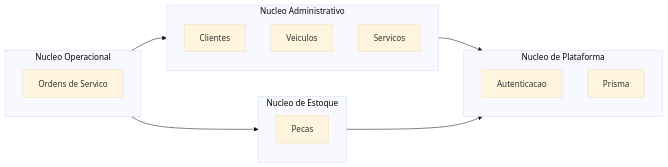
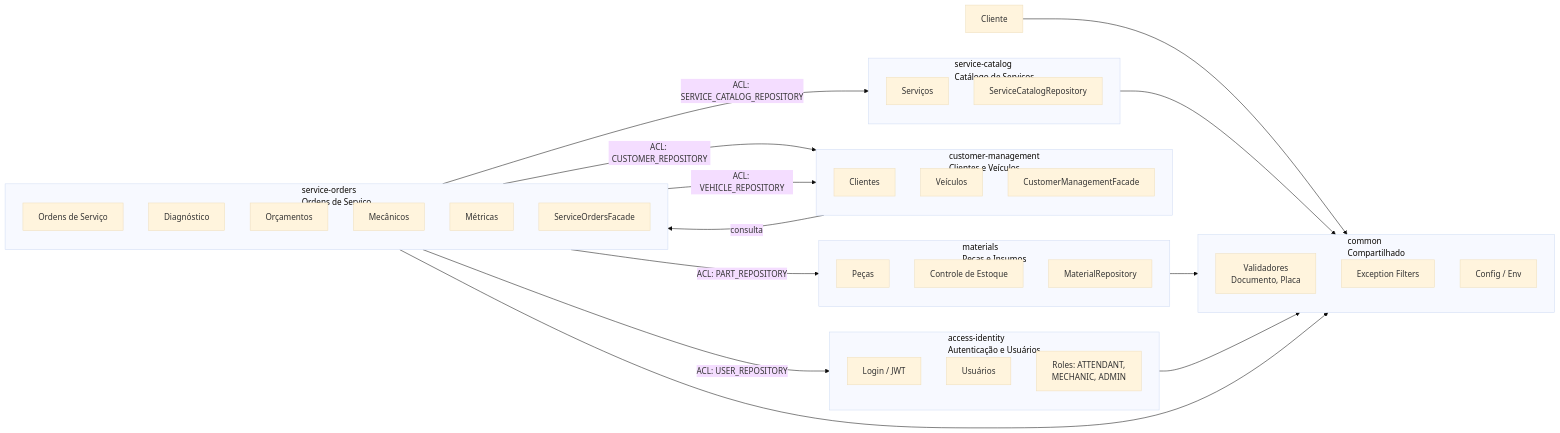
One commit to DevKaue/TechChallange changed the diagram in docs/diagrams/05-bounded-contexts.mmd. Above: the diagram before and after it, drawn with Mermaid (base theme). The commit also changed 6 other files, not shown here.

Commit message:
Fluxos mermaid atualizados

```diff
--- a/docs/diagrams/05-bounded-contexts.mmd
+++ b/docs/diagrams/05-bounded-contexts.mmd
@@ -1,24 +1,51 @@
 graph LR
-    subgraph Admin[Nucleo Administrativo]
-        CLI[Clientes]
-        VEH[Veiculos]
-        SCAT[Servicos]
+    subgraph Autenticacao["access-identity<br/>Autenticação e Usuários"]
+        AUTH[Login / JWT]
+        USERS[Usuários]
+        ROLES[Roles: ATTENDANT,<br/>MECHANIC, ADMIN]
     end
 
-    subgraph Operacao[Nucleo Operacional]
-        SO[Ordens de Servico]
+    subgraph Clientes["customer-management<br/>Clientes e Veículos"]
+        CUST[Clientes]
+        VEH[Veículos]
+        CM_FACADE[CustomerManagementFacade]
     end
 
-    subgraph Estoque[Nucleo de Estoque]
-        PARTS[Pecas]
+    subgraph Catalogo["service-catalog<br/>Catálogo de Serviços"]
+        SERV[Serviços]
+        SVCAT_FACADE[ServiceCatalogRepository]
     end
 
-    subgraph Plataforma[Nucleo de Plataforma]
-        AUTH[Autenticacao]
-        PRISMA[Prisma]
+    subgraph Estoque["materials<br/>Peças e Insumos"]
+        MAT[Peças]
+        STOCK[Controle de Estoque]
+        MAT_FACADE[MaterialRepository]
     end
 
-    Operacao --> Admin
-    Operacao --> Estoque
-    Admin --> Plataforma
-    Estoque --> Plataforma
+    subgraph Operacao["service-orders<br/>Ordens de Serviço"]
+        OS[Ordens de Serviço]
+        DIAG[Diagnóstico]
+        EST[Orçamentos]
+        MECH[Mecânicos]
+        METRIC[Métricas]
+        SO_FACADE[ServiceOrdersFacade]
+    end
+
+    subgraph Compartilhado["common<br/>Compartilhado"]
+        VALIDATORS[Validadores<br/>Documento, Placa]
+        FILTERS[Exception Filters]
+        CONFIG[Config / Env]
+    end
+
+    Operacao -->|ACL: CUSTOMER_REPOSITORY| Clientes
+    Operacao -->|ACL: VEHICLE_REPOSITORY| Clientes
+    Operacao -->|ACL: SERVICE_CATALOG_REPOSITORY| Catalogo
+    Operacao -->|ACL: PART_REPOSITORY| Estoque
+    Operacao -->|ACL: USER_REPOSITORY| Autenticacao
+
+    Clientes -->|consulta| Operacao
+    Cliente --> Compartilhado
+    Catalogo --> Compartilhado
+    Estoque --> Compartilhado
+    Autenticacao --> Compartilhado
+    Operacao --> Compartilhado
```
